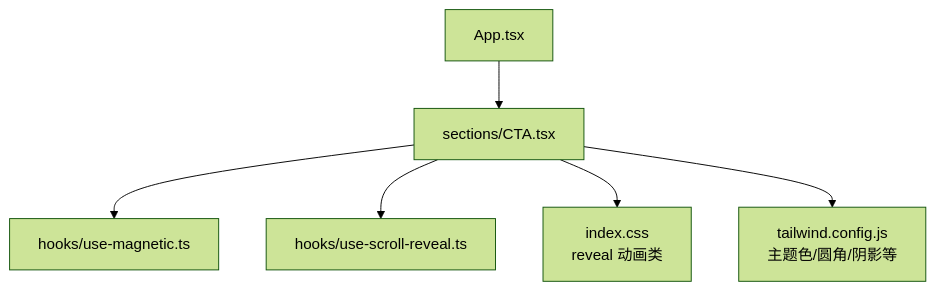
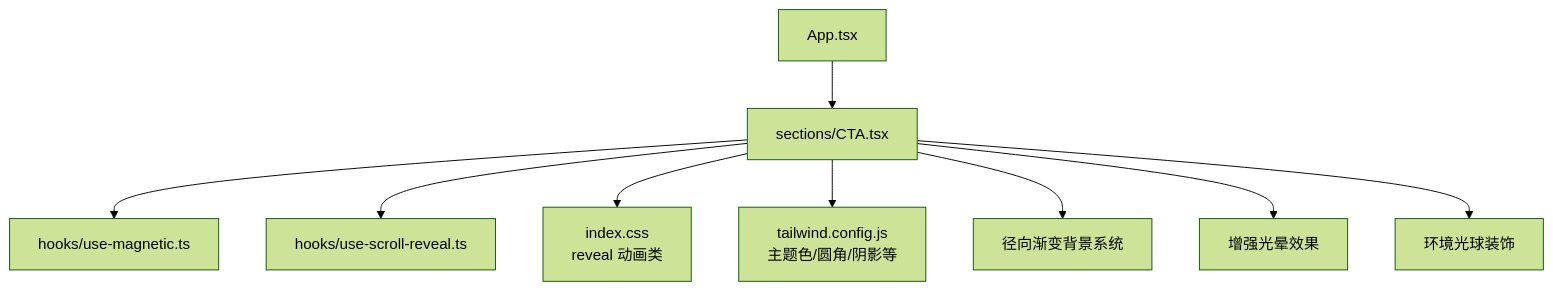
One commit to Primoguo/naolizhi.cn changed the first of 5 diagrams in .qoder/repowiki/zh/content/架构设计/组件架构/页面组件/CTA组件.md. Above: the diagram before and after it, drawn with Mermaid (forest theme). The commit also changed other lines of this file and 23 other files, not shown here.

````diff
--- a/.qoder/repowiki/zh/content/架构设计/组件架构/页面组件/CTA组件.md
+++ b/.qoder/repowiki/zh/content/架构设计/组件架构/页面组件/CTA组件.md
@@ -38,8 +46,11 @@
 ```mermaid
 graph TB
 App["App.tsx"] --> CTA["sections/CTA.tsx"]
 CTA --> Magnetic["hooks/use-magnetic.ts"]
 CTA --> ScrollReveal["hooks/use-scroll-reveal.ts"]
 CTA --> IndexCSS["index.css<br/>reveal 动画类"]
 CTA --> Tailwind["tailwind.config.js<br/>主题色/圆角/阴影等"]
+CTA --> RadialBg["径向渐变背景系统"]
+CTA --> GlowEffects["增强光晕效果"]
+CTA --> AmbientOrbs["环境光球装饰"]
 ```
````
